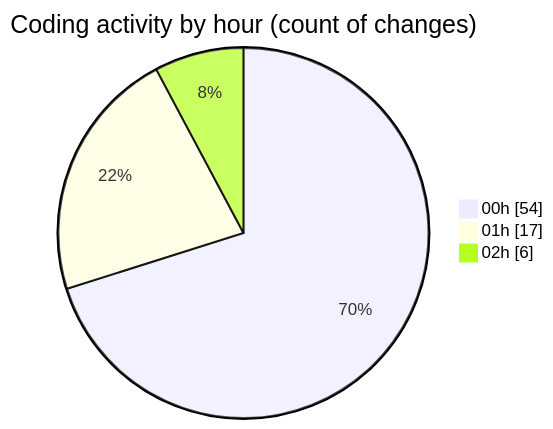
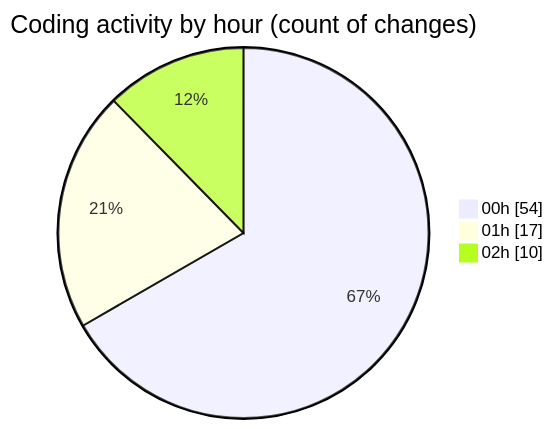
The second of 2 diagrams in 2025-07-26/quanlyrapchieuphim-1/README.md (lephambinh05/code-tracking), drawn with Mermaid before and after one commit. The commit also changed other lines of this file and 1 other file, not shown here.

````diff
--- a/2025-07-26/quanlyrapchieuphim-1/README.md
+++ b/2025-07-26/quanlyrapchieuphim-1/README.md
@@ -34,7 +34,7 @@
 ```mermaid
 pie showData
 title Coding activity by hour (count of changes)
 "00h" : 54
 "01h" : 17
-"02h" : 6
+"02h" : 10
 ```
````
